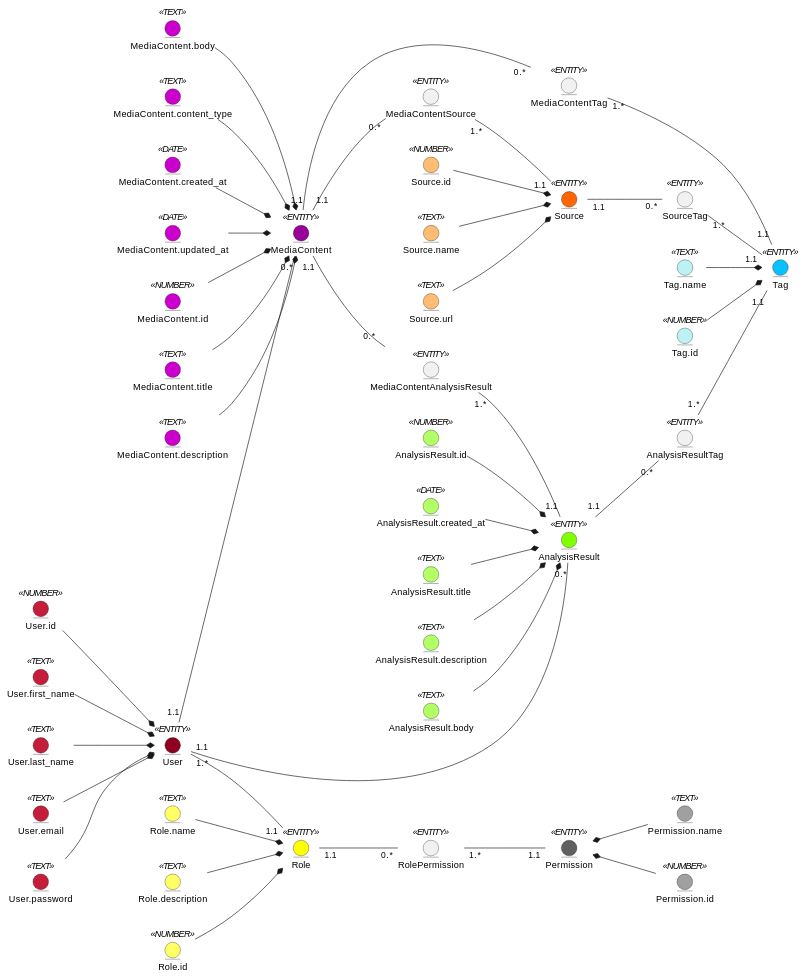
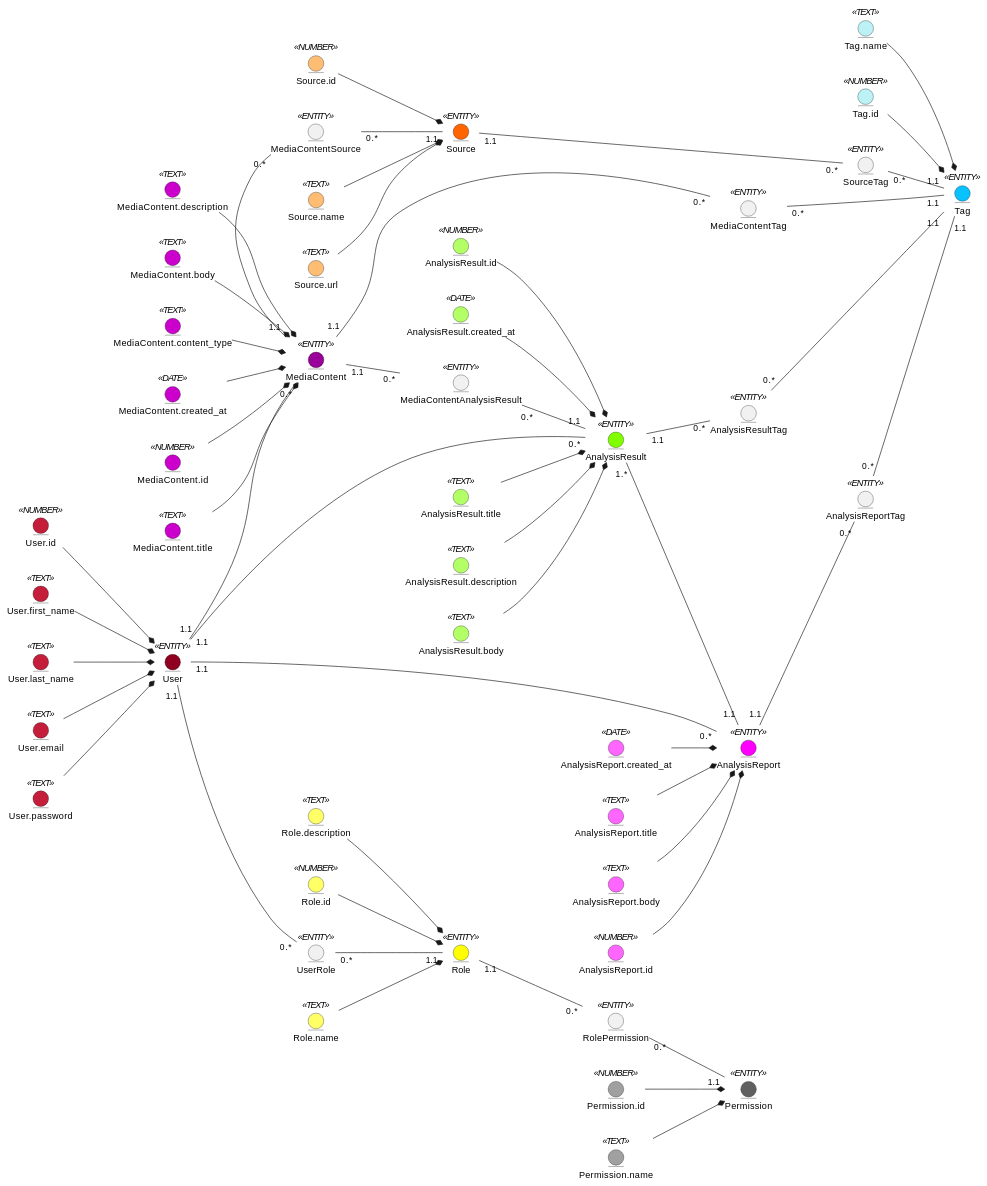
The first of 2 diagrams in docs/design/README.md (semenyaka08/media-content-api), drawn with PlantUML before and after one commit.

Commit message:
Add AnalysisReport, UserRole and update relations

```diff
--- a/docs/design/README.md
+++ b/docs/design/README.md
@@ -28,7 +28,6 @@
 entity MediaContent.body <<TEXT>> #CC00CC
 entity MediaContent.content_type <<TEXT>> #CC00CC
 entity MediaContent.created_at <<DATE>> #CC00CC
-entity MediaContent.updated_at <<DATE>> #CC00CC
 
 MediaContent.id --* MediaContent
 MediaContent.title --* MediaContent
@@ -36,7 +35,7 @@
 MediaContent.body --* MediaContent
 MediaContent.content_type --* MediaContent
 MediaContent.created_at --* MediaContent
-MediaContent.updated_at --* MediaContent
+
 
 entity Role <<ENTITY>> #FFFF00
 entity Role.id <<NUMBER>> #FFFF66
@@ -52,8 +51,8 @@
 entity Permission.id <<NUMBER>> #A0A0A0
 entity Permission.name <<TEXT>> #A0A0A0
 
-Permission.id -u-* Permission
-Permission.name -u-* Permission
+Permission.id --* Permission
+Permission.name --* Permission
 
 
 entity Source <<ENTITY>> #FF6500
@@ -80,6 +79,18 @@
 AnalysisResult.body --* AnalysisResult
 
 
+entity AnalysisReport <<ENTITY>> #FF00FF
+entity AnalysisReport.id <<NUMBER>> #FF66FF
+entity AnalysisReport.created_at <<DATE>> #FF66FF
+entity AnalysisReport.title <<TEXT>> #FF66FF
+entity AnalysisReport.body <<TEXT>> #FF66FF
+
+AnalysisReport.id --* AnalysisReport
+AnalysisReport.created_at --* AnalysisReport
+AnalysisReport.title --* AnalysisReport
+AnalysisReport.body --* AnalysisReport
+
+
 entity Tag <<ENTITY>> #08C2FF 
 entity Tag.name <<TEXT>> #BCF2F6 
 entity Tag.id <<NUMBER>> #BCF2F6
@@ -87,6 +98,8 @@
 Tag.id --* Tag 
 Tag.name --* Tag
 
+
+entity UserRole <<ENTITY>>
 
 entity RolePermission <<ENTITY>>
 
@@ -98,29 +111,39 @@
 
 entity AnalysisResultTag <<ENTITY>>
 
+entity AnalysisReportTag <<ENTITY>>
+
 entity SourceTag <<ENTITY>>
 
 
 User "1.1" -- "0.*" MediaContent
 User "1.1" -- "0.*" AnalysisResult
-User "1.*" -- "1.1" Role
+User "1.1" -- "0.*" AnalysisReport
+
+User "1.1" -- "0.*" UserRole
+UserRole "0.*" -- "1.1" Role
 
 Role "1.1" -- "0.*" RolePermission
-RolePermission "1.*" -- "1.1" Permission
+RolePermission "0.*" -- "1.1" Permission
 
-MediaContent "1.1" -- "0.*" MediaContentSource
-MediaContentSource "1.*" -- "1.1" Source
+MediaContent "1.1" -l- "0.*" MediaContentSource
+MediaContentSource "0.*" -- "1.1" Source
 
 MediaContent "1.1" -- "0.*" MediaContentAnalysisResult
-MediaContentAnalysisResult "1.*" -- "1.1" AnalysisResult
+MediaContentAnalysisResult "0.*" -- "1.1" AnalysisResult
 
 MediaContent "1.1" -- "0.*" MediaContentTag
-MediaContentTag "1.*" -- "1.1" Tag
+MediaContentTag "0.*" -- "1.1" Tag
 
 AnalysisResult "1.1" -- "0.*" AnalysisResultTag
-AnalysisResultTag "1.*" -- "1.1" Tag
+AnalysisResultTag "0.*" -- "1.1" Tag
+
+AnalysisResult "1.*" -- "1.1" AnalysisReport
+
+AnalysisReport "1.1" -- "0.*" AnalysisReportTag
+AnalysisReportTag "0.*" -- "1.1" Tag
 
 Source "1.1" -- "0.*" SourceTag
-SourceTag "1.*" -- "1.1" Tag
+SourceTag "0.*" -- "1.1" Tag
 
 @enduml
```
